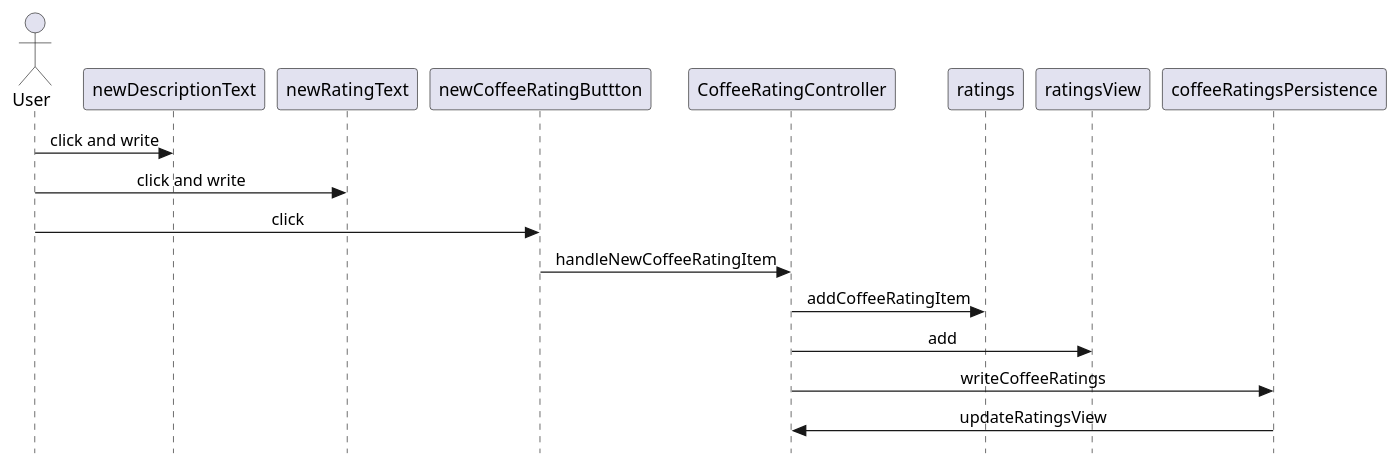
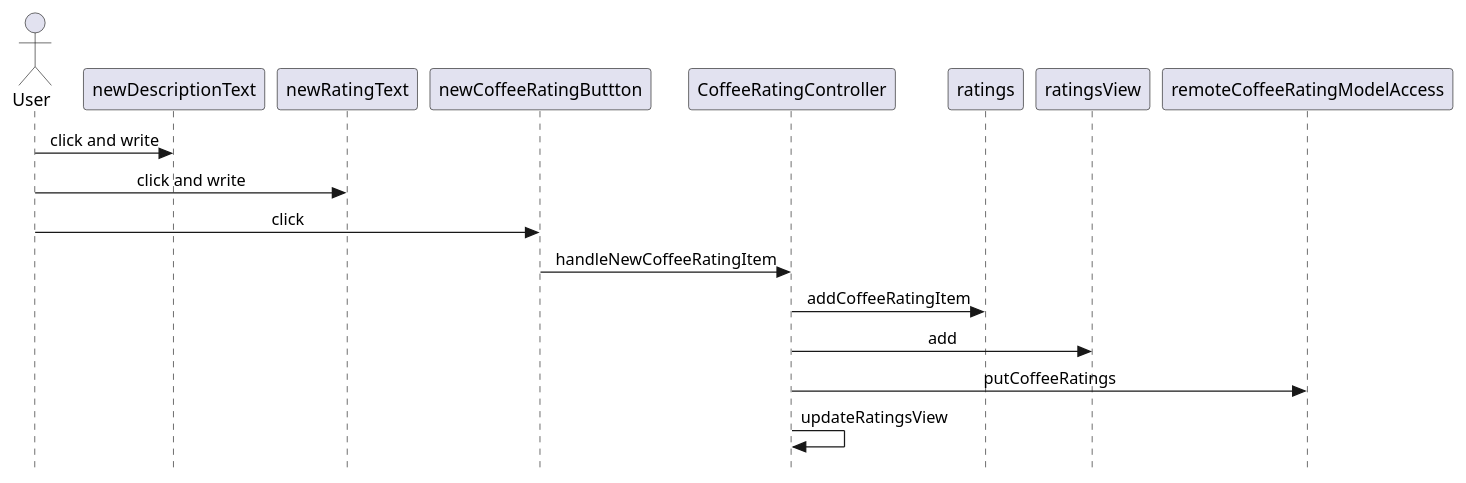
The diagram in docs/diagrams/sequence_diagram.puml (annafarestrand/informatikk_prosjektarbeid), drawn with PlantUML before and after one commit. The commit also changed 1 other file, not shown here.

Commit message:
Added updatet sequence_diagram. Co-Authored by: Sofie

```diff
--- a/docs/diagrams/sequence_diagram.puml
+++ b/docs/diagrams/sequence_diagram.puml
@@ -1,17 +1,17 @@
 @startuml sequence_diagram
 
 skinparam Style strictuml 
 skinparam SequenceMessageAlignment center
 
 actor EndUser as "User"
 
 EndUser -> newDescriptionText : click and write
 EndUser -> newRatingText : click and write
 EndUser -> newCoffeeRatingButtton : click
 newCoffeeRatingButtton -> CoffeeRatingController : handleNewCoffeeRatingItem
 CoffeeRatingController -> ratings : addCoffeeRatingItem
 CoffeeRatingController -> ratingsView : add
-CoffeeRatingController -> coffeeRatingsPersistence : writeCoffeeRatings
-CoffeeRatingController <- coffeeRatingsPersistence : updateRatingsView
+CoffeeRatingController -> remoteCoffeeRatingModelAccess : putCoffeeRatings
+CoffeeRatingController -> CoffeeRatingController : updateRatingsView
 
 @enduml
```
